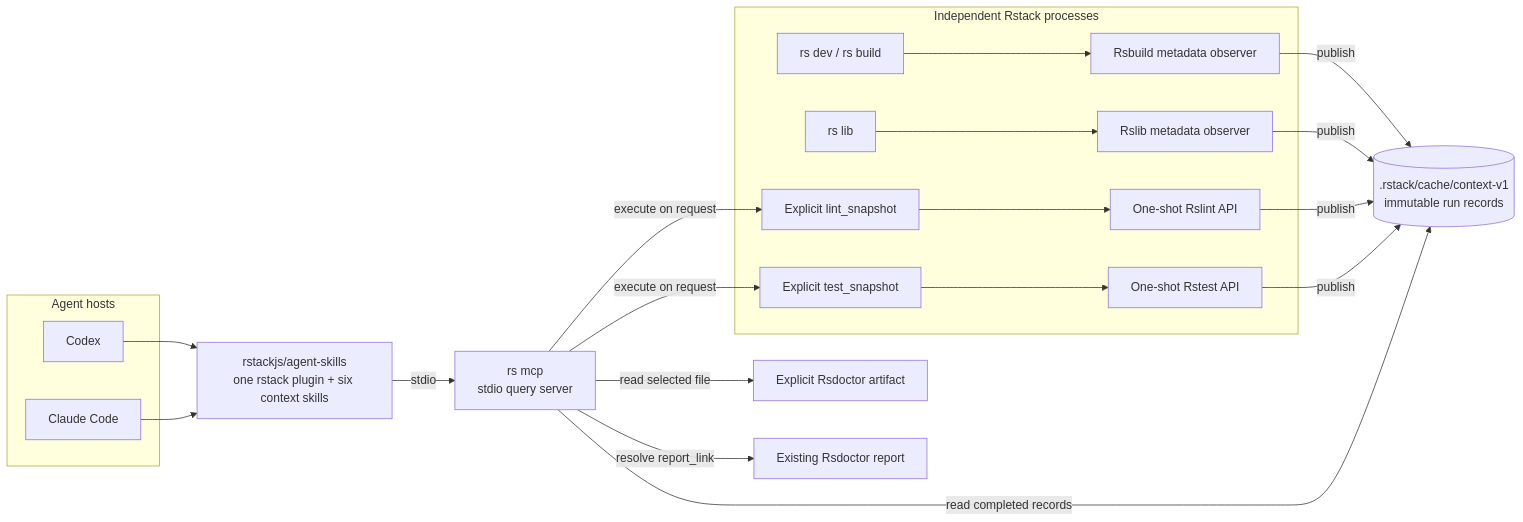
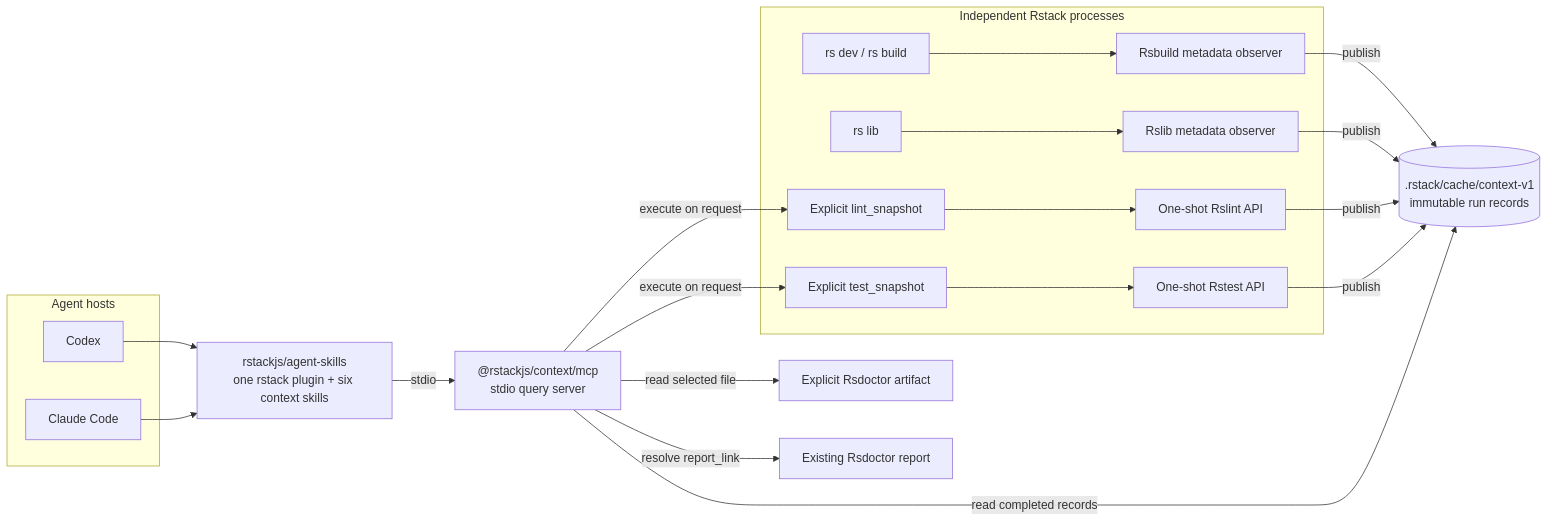
The first of 8 diagrams in docs/rfc.md (rstackjs/context), drawn with Mermaid before and after one commit. The commit also changed other lines of this file and 27 other files, not shown here.

````diff
--- a/docs/rfc.md
+++ b/docs/rfc.md
@@ -83,34 +83,34 @@
 ```mermaid
 flowchart LR
   subgraph Processes["Independent Rstack processes"]
     App["rs dev / rs build"] --> AppObserver["Rsbuild metadata observer"]
     Library["rs lib"] --> LibObserver["Rslib metadata observer"]
     Lint["Explicit lint_snapshot"] --> Rslint["One-shot Rslint API"]
     Test["Explicit test_snapshot"] --> Rstest["One-shot Rstest API"]
   end
 
   Store[(".rstack/cache/context-v1<br/>immutable run records")]
   Artifact["Explicit Rsdoctor artifact"]
   Report["Existing Rsdoctor report"]
-  MCP["rs mcp<br/>stdio query server"]
+  MCP["@rstackjs/context/mcp<br/>stdio query server"]
 
   Plugin["rstackjs/agent-skills<br/>one rstack plugin + six context skills"]
 
   subgraph Hosts["Agent hosts"]
     Codex["Codex"]
     Claude["Claude Code"]
   end
 
   AppObserver -->|publish| Store
   LibObserver -->|publish| Store
   Rslint -->|publish| Store
   Rstest -->|publish| Store
   Codex --> Plugin
   Claude --> Plugin
   Plugin -->|stdio| MCP
   MCP -->|read completed records| Store
   MCP -->|read selected file| Artifact
   MCP -->|resolve report_link| Report
   MCP -->|execute on request| Lint
   MCP -->|execute on request| Test
 ```
````
